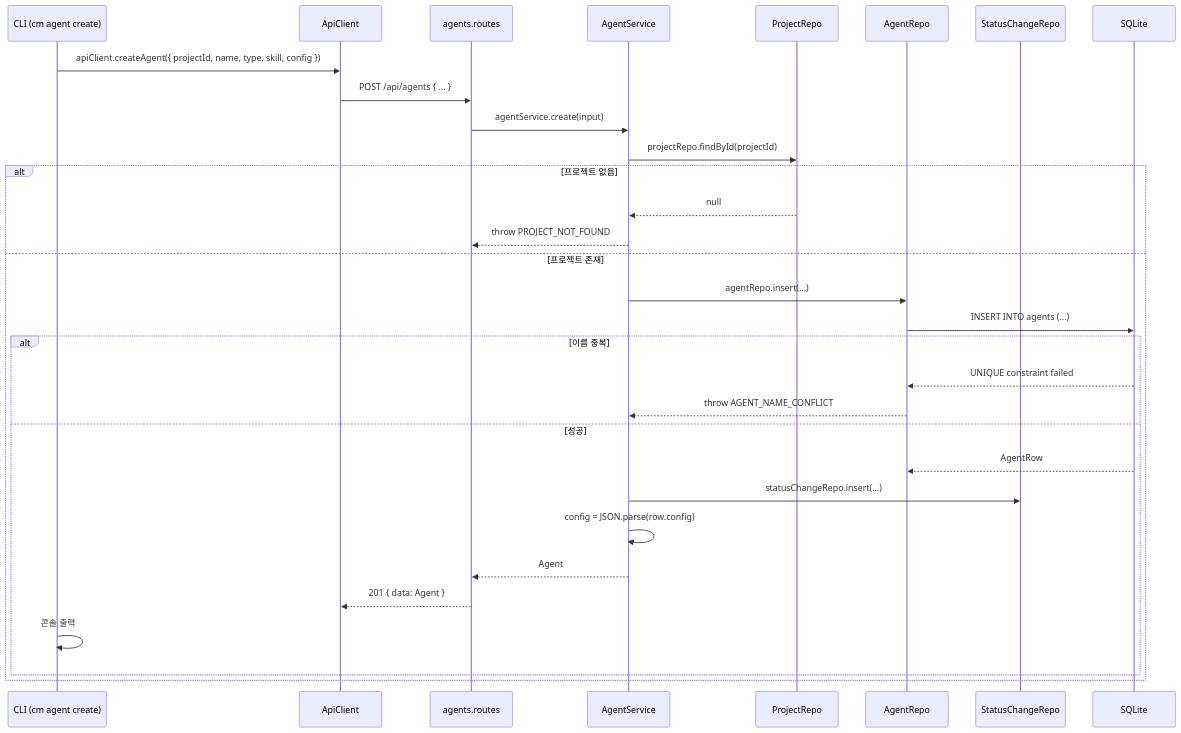
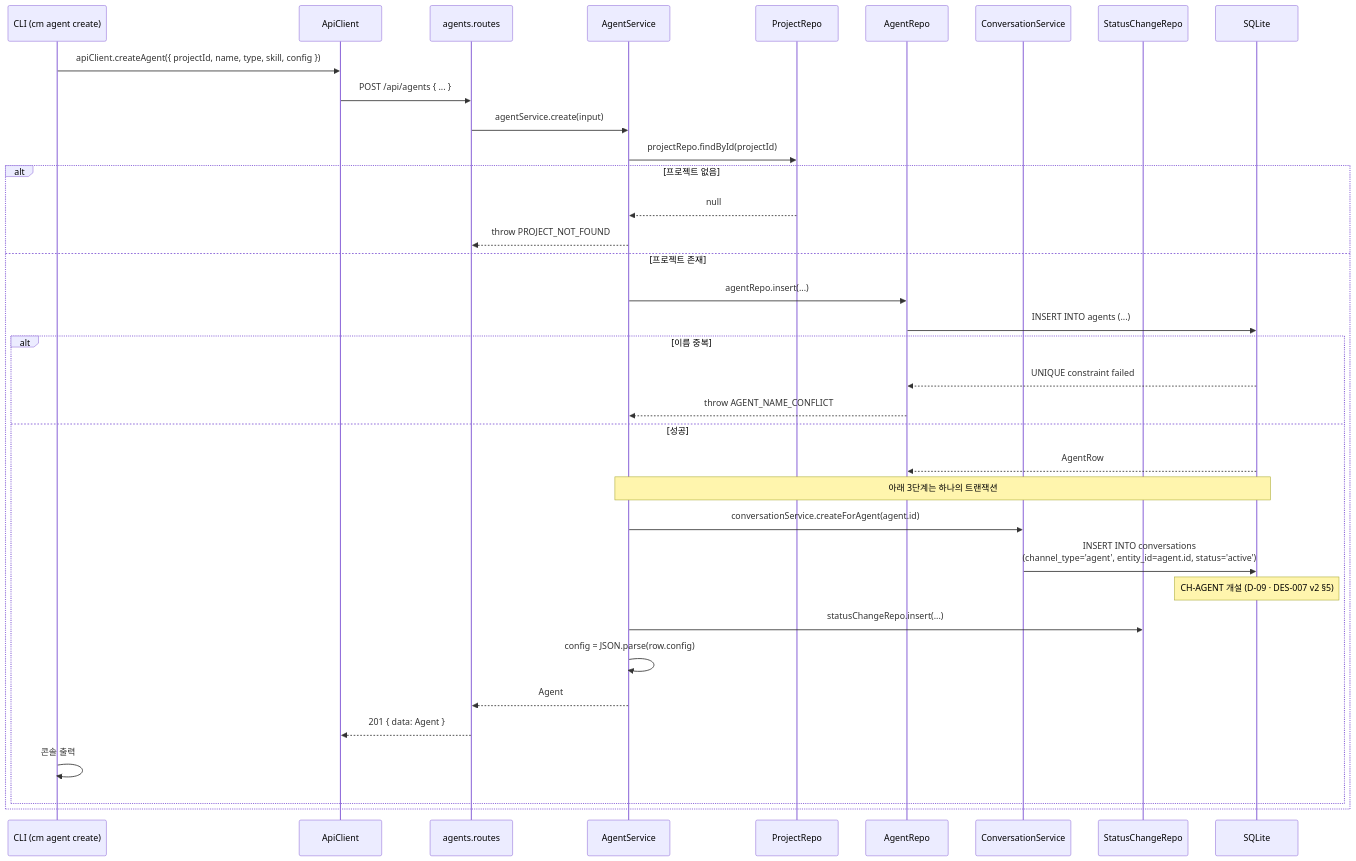
One commit to AI-Agent-Jeon/ClaudeManager-v2 changed the seventh of 18 diagrams in docs/design/des-004-sequence-dataflow.md. Above: the diagram before and after it, drawn with Mermaid. The commit also changed other lines of this file and 9 other files, not shown here.

````diff
--- a/docs/design/des-004-sequence-dataflow.md
+++ b/docs/design/des-004-sequence-dataflow.md
@@ -674,34 +711,39 @@
 ```mermaid
 sequenceDiagram
     participant CLI as CLI (cm agent create)
     participant AC as ApiClient
     participant R as agents.routes
     participant S as AgentService
     participant PR as ProjectRepo
     participant AR as AgentRepo
+    participant CS as ConversationService
     participant SCR as StatusChangeRepo
     participant DB as SQLite
 
     CLI->>AC: apiClient.createAgent({ projectId, name, type, skill, config })
     AC->>R: POST /api/agents { ... }
     R->>S: agentService.create(input)
     S->>PR: projectRepo.findById(projectId)
     alt 프로젝트 없음
         PR-->>S: null
         S-->>R: throw PROJECT_NOT_FOUND
     else 프로젝트 존재
         S->>AR: agentRepo.insert(...)
         AR->>DB: INSERT INTO agents (...)
         alt 이름 중복
             DB-->>AR: UNIQUE constraint failed
             AR-->>S: throw AGENT_NAME_CONFLICT
         else 성공
             DB-->>AR: AgentRow
+            Note over S,DB: 아래 3단계는 하나의 트랜잭션
+            S->>CS: conversationService.createForAgent(agent.id)
+            CS->>DB: INSERT INTO conversations<br>(channel_type='agent', entity_id=agent.id, status='active')
+            Note over DB: CH-AGENT 개설 (D-09 · DES-007 v2 §5)
             S->>SCR: statusChangeRepo.insert(...)
             S->>S: config = JSON.parse(row.config)
             S-->>R: Agent
             R-->>AC: 201 { data: Agent }
             CLI->>CLI: 콘솔 출력
         end
     end
 ```
````
